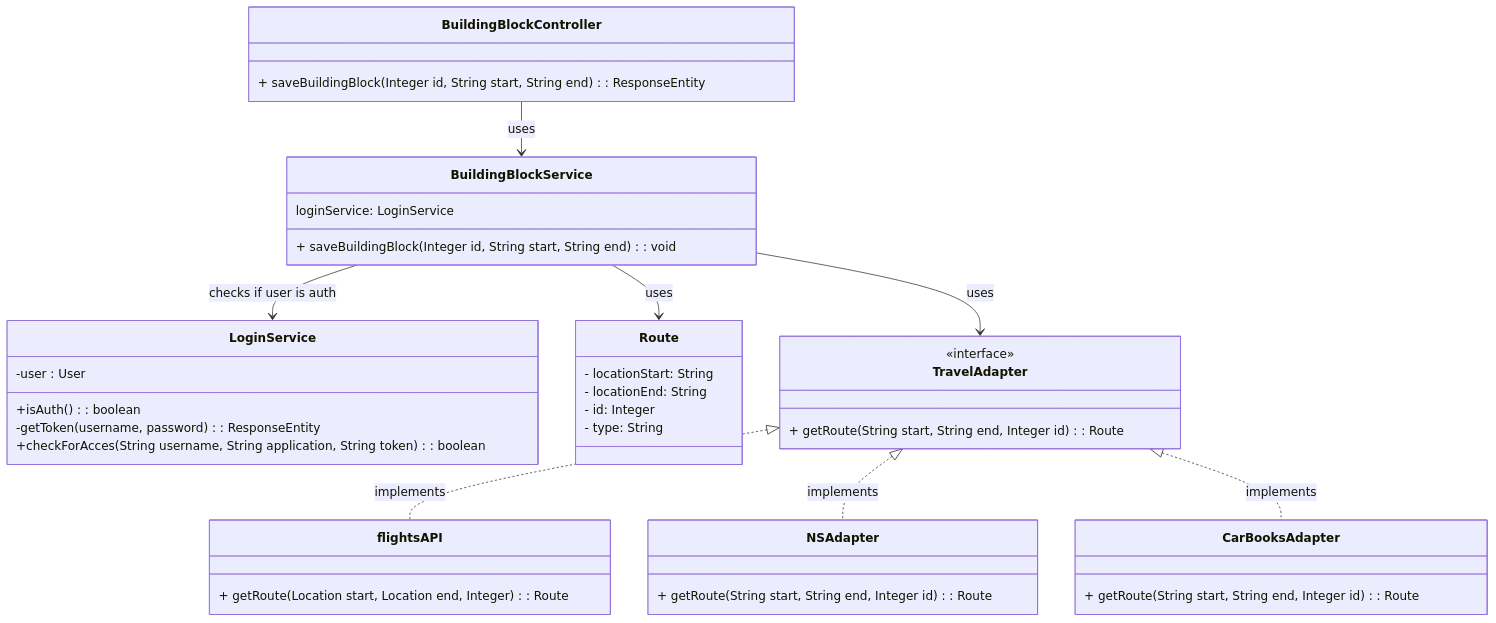
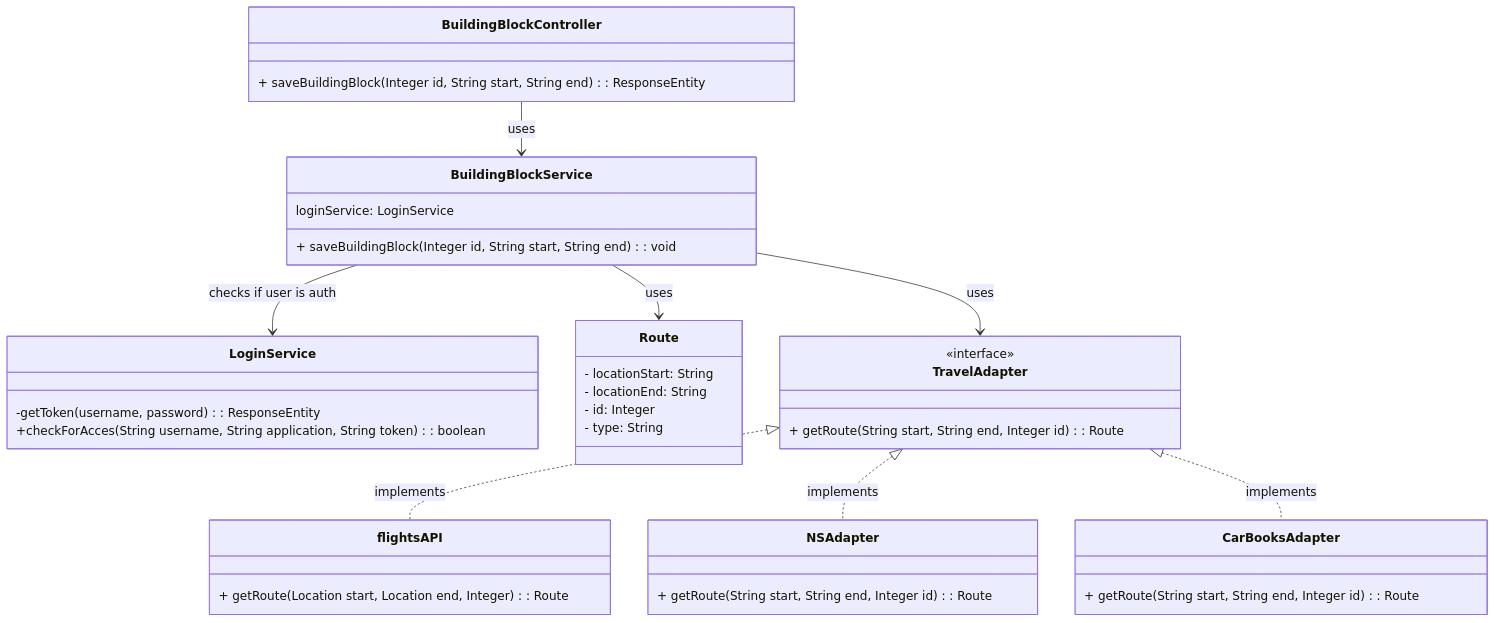
Before and after one commit to AIM-ENE-feb25/triptop-inshallahboys: the third of 3 diagrams in software-guidebook/README.md, drawn with Mermaid. The commit also changed other lines of this file, not shown here.

````diff
--- a/software-guidebook/README.md
+++ b/software-guidebook/README.md
@@ -215,51 +217,49 @@
 ```mermaid
 classDiagram
 
 class BuildingBlockController {
     + saveBuildingBlock(Integer id, String start, String end): ResponseEntity<Integer, String>
 }
 
 class BuildingBlockService {
     loginService: LoginService
     + saveBuildingBlock(Integer id, String start, String end): void
 }
 
 class LoginService{
-    -user : User
-    +isAuth() : boolean
     -getToken(username, password) : ResponseEntity<String>
     +checkForAcces(String username, String application, String token) : boolean
 }
 
 class Route {
     - locationStart: String
     - locationEnd: String
     - id: Integer
     - type: String
 }
 
 class TravelAdapter {
     <<interface>>
     + getRoute(String start, String end, Integer id): Route
 }
 
 class flightsAPI {
     + getRoute(Location start, Location end, Integer): Route
 }
 
 class NSAdapter {
     + getRoute(String start, String end, Integer id): Route
 }
 
 class CarBooksAdapter {
     + getRoute(String start, String end, Integer id): Route
 }
 
 BuildingBlockController --> BuildingBlockService : uses
 BuildingBlockService --> LoginService : checks if user is auth
 BuildingBlockService --> TravelAdapter : uses
 BuildingBlockService --> Route : uses
 TravelAdapter <|.. flightsAPI : implements
 TravelAdapter <|.. NSAdapter : implements
 TravelAdapter <|.. CarBooksAdapter : implements
 ```
````
